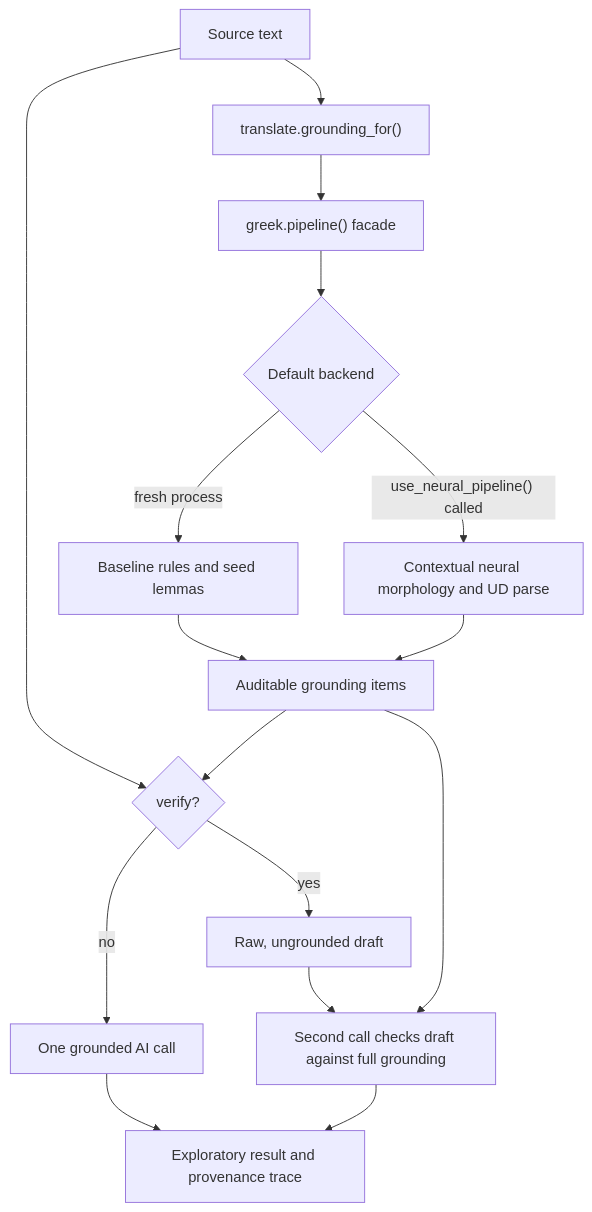
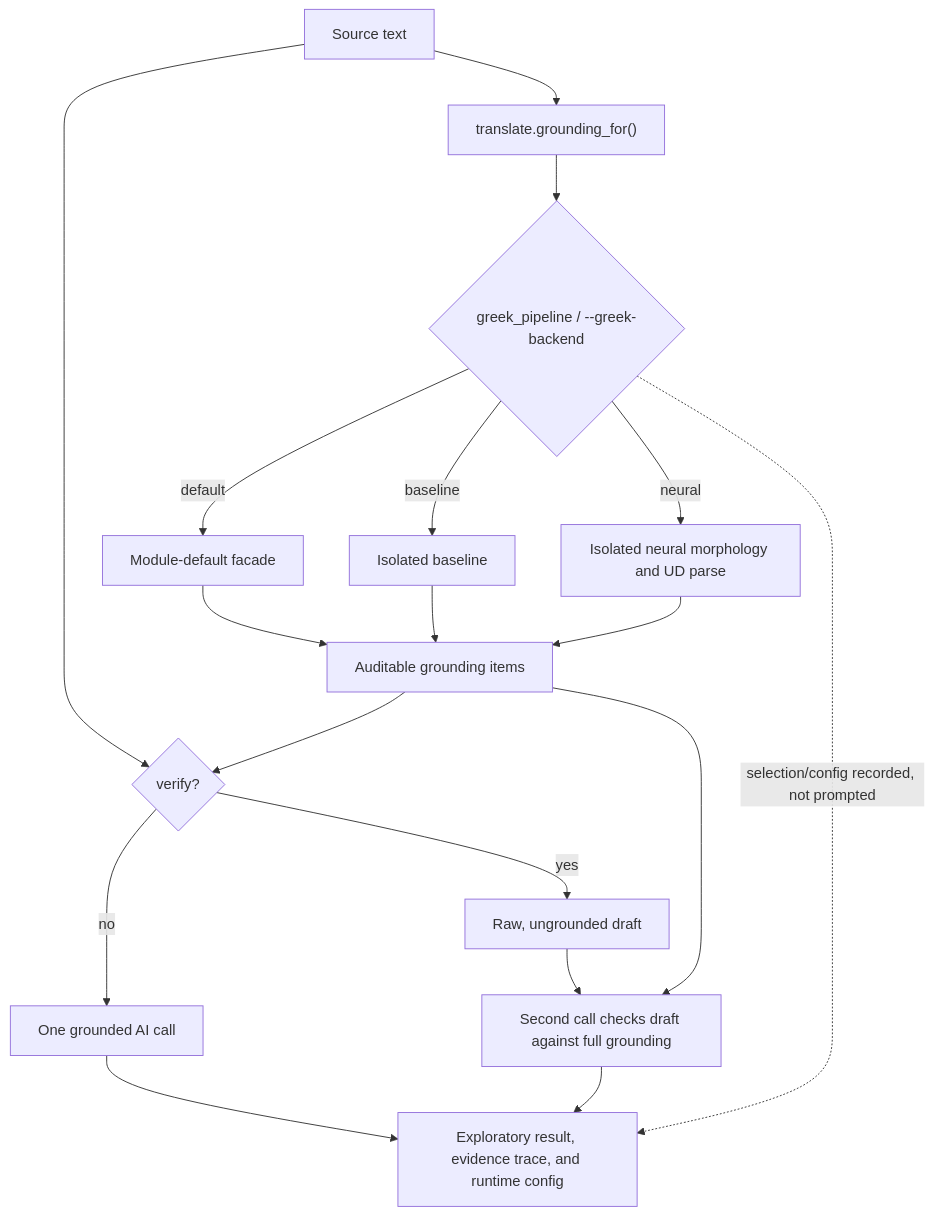
One commit to ryanpavlicek/pyaegean changed the diagram in wiki/Translation.md. Above: the diagram before and after it, drawn with Mermaid. The commit also changed other lines of this file and 13 other files, not shown here.

Commit message:
Add selectable Greek translation grounding

````diff
--- a/wiki/Translation.md
+++ b/wiki/Translation.md
@@ -114,18 +128,20 @@
 ```mermaid
 flowchart TD
     T["Source text"] --> G["translate.grounding_for()"]
-    G --> P["greek.pipeline() facade"]
-    P --> Q{"Default backend"}
-    Q -->|"fresh process"| B["Baseline rules and seed lemmas"]
-    Q -->|"use_neural_pipeline() called"| N["Contextual neural morphology and UD parse"]
-    B --> E["Auditable grounding items"]
+    G --> Q{"greek_pipeline / --greek-backend"}
+    Q -->|"default"| P["Module-default facade"]
+    Q -->|"baseline"| B["Isolated baseline"]
+    Q -->|"neural"| N["Isolated neural morphology and UD parse"]
+    P --> E["Auditable grounding items"]
+    B --> E
     N --> E
     T --> V{"verify?"}
     E --> V
     V -->|"no"| O["One grounded AI call"]
     V -->|"yes"| D["Raw, ungrounded draft"]
     D --> C["Second call checks draft against full grounding"]
     E --> C
-    O --> R["Exploratory result and provenance trace"]
+    O --> R["Exploratory result, evidence trace, and runtime config"]
     C --> R
+    Q -. "selection/config recorded, not prompted" .-> R
 ```
````
